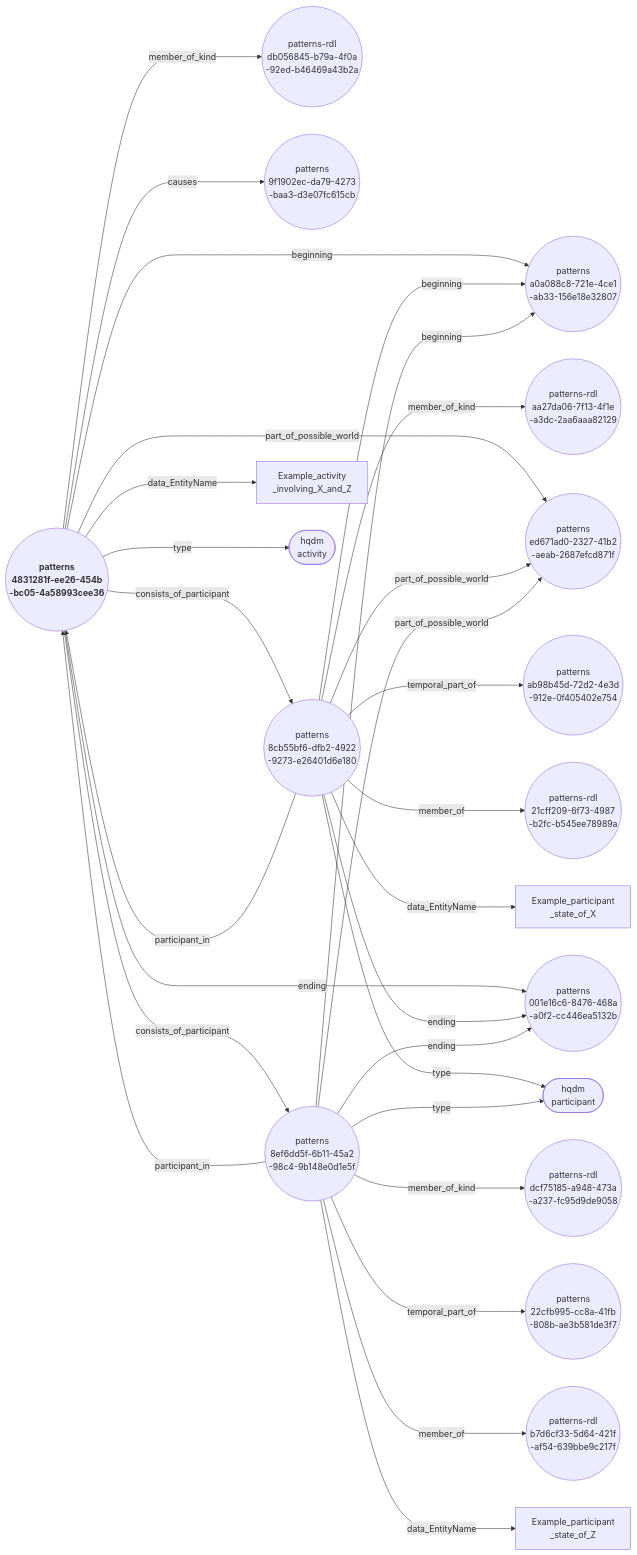
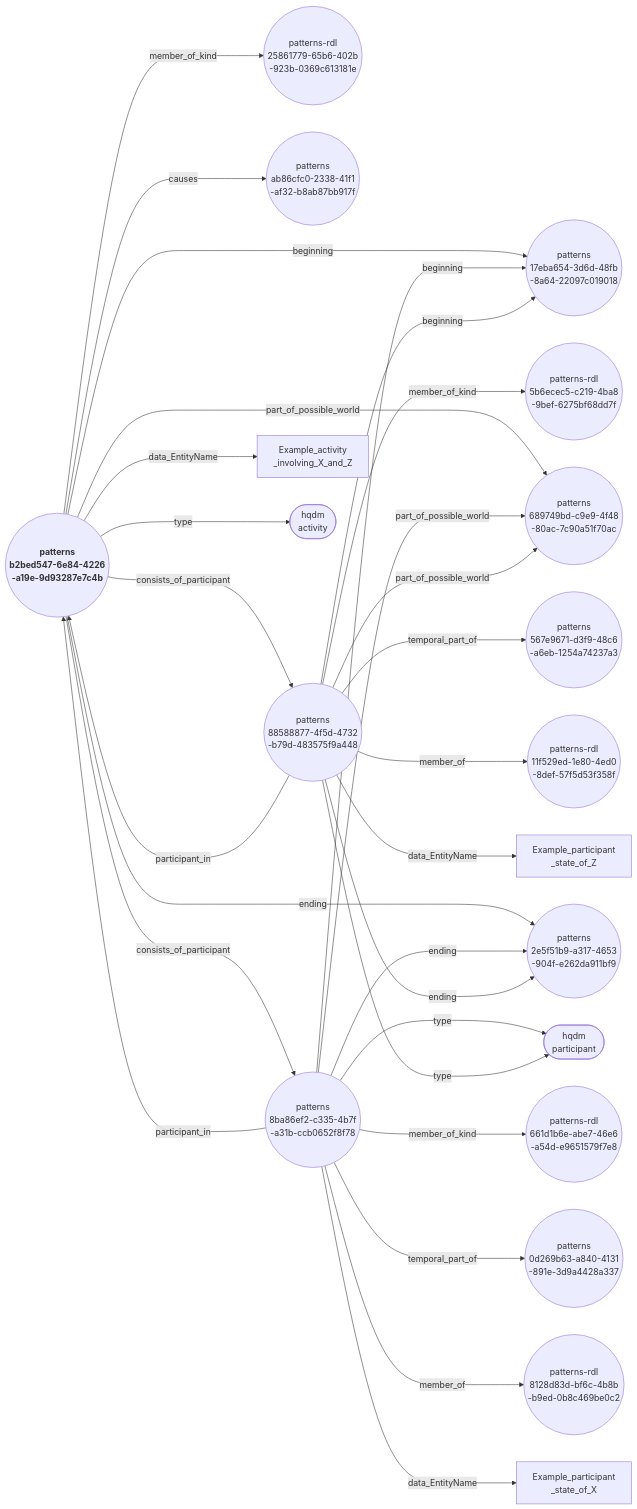
Before and after one commit to ClimbingAl/HqdmPatterns: the diagram in docs/extras/example-files/genericActivityAndParticipantsNodeEdgeGraph.mermaid, drawn with Mermaid. The commit also changed 56 other files, not shown here.

Commit message:
System additions prior to adding stviewer-generated spacetime charts.

````diff
--- a/docs/extras/example-files/genericActivityAndParticipantsNodeEdgeGraph.mermaid
+++ b/docs/extras/example-files/genericActivityAndParticipantsNodeEdgeGraph.mermaid
@@ -1,30 +1,30 @@
 ``` mermaid
 graph LR
-  4831281f-ee26-454b-bc05-4a58993cee36(("<b> patterns <br> 4831281f-ee26-454b <br> -bc05-4a58993cee36"))--->|"beginning"|a0a088c8-721e-4ce1-ab33-156e18e32807(("patterns <br> a0a088c8-721e-4ce1 <br> -ab33-156e18e32807"));
-  4831281f-ee26-454b-bc05-4a58993cee36(("<b> patterns <br> 4831281f-ee26-454b <br> -bc05-4a58993cee36"))--->|"member_of_kind"|db056845-b79a-4f0a-92ed-b46469a43b2a(("patterns-rdl <br> db056845-b79a-4f0a <br> -92ed-b46469a43b2a"));
-  4831281f-ee26-454b-bc05-4a58993cee36(("<b> patterns <br> 4831281f-ee26-454b <br> -bc05-4a58993cee36"))--->|"causes"|9f1902ec-da79-4273-baa3-d3e07fc615cb(("patterns <br> 9f1902ec-da79-4273 <br> -baa3-d3e07fc615cb"));
-  4831281f-ee26-454b-bc05-4a58993cee36(("<b> patterns <br> 4831281f-ee26-454b <br> -bc05-4a58993cee36"))--->|"consists_of_participant"|8cb55bf6-dfb2-4922-9273-e26401d6e180(("patterns <br> 8cb55bf6-dfb2-4922 <br> -9273-e26401d6e180"));
-  4831281f-ee26-454b-bc05-4a58993cee36(("<b> patterns <br> 4831281f-ee26-454b <br> -bc05-4a58993cee36"))--->|"consists_of_participant"|8ef6dd5f-6b11-45a2-98c4-9b148e0d1e5f(("patterns <br> 8ef6dd5f-6b11-45a2 <br> -98c4-9b148e0d1e5f"));
-  4831281f-ee26-454b-bc05-4a58993cee36(("<b> patterns <br> 4831281f-ee26-454b <br> -bc05-4a58993cee36"))--->|"part_of_possible_world"|ed671ad0-2327-41b2-aeab-2687efcd871f(("patterns <br> ed671ad0-2327-41b2 <br> -aeab-2687efcd871f"));
-  4831281f-ee26-454b-bc05-4a58993cee36(("<b> patterns <br> 4831281f-ee26-454b <br> -bc05-4a58993cee36"))--->|"data_EntityName"|Example_activity_involving_X_and_Z["Example_activity <br> _involving_X_and_Z"];
-  4831281f-ee26-454b-bc05-4a58993cee36(("<b> patterns <br> 4831281f-ee26-454b <br> -bc05-4a58993cee36"))--->|"ending"|001e16c6-8476-468a-a0f2-cc446ea5132b(("patterns <br> 001e16c6-8476-468a <br> -a0f2-cc446ea5132b"));
-  4831281f-ee26-454b-bc05-4a58993cee36(("<b> patterns <br> 4831281f-ee26-454b <br> -bc05-4a58993cee36"))--->|"type"|activity(["hqdm <br> activity"]);
-  8cb55bf6-dfb2-4922-9273-e26401d6e180(("patterns <br> 8cb55bf6-dfb2-4922 <br> -9273-e26401d6e180"))--->|"beginning"|a0a088c8-721e-4ce1-ab33-156e18e32807(("patterns <br> a0a088c8-721e-4ce1 <br> -ab33-156e18e32807"));
-  8cb55bf6-dfb2-4922-9273-e26401d6e180(("patterns <br> 8cb55bf6-dfb2-4922 <br> -9273-e26401d6e180"))--->|"member_of_kind"|aa27da06-7f13-4f1e-a3dc-2aa6aaa82129(("patterns-rdl <br> aa27da06-7f13-4f1e <br> -a3dc-2aa6aaa82129"));
-  8cb55bf6-dfb2-4922-9273-e26401d6e180(("patterns <br> 8cb55bf6-dfb2-4922 <br> -9273-e26401d6e180"))--->|"part_of_possible_world"|ed671ad0-2327-41b2-aeab-2687efcd871f(("patterns <br> ed671ad0-2327-41b2 <br> -aeab-2687efcd871f"));
-  8cb55bf6-dfb2-4922-9273-e26401d6e180(("patterns <br> 8cb55bf6-dfb2-4922 <br> -9273-e26401d6e180"))--->|"participant_in"|4831281f-ee26-454b-bc05-4a58993cee36(("<b> patterns <br> 4831281f-ee26-454b <br> -bc05-4a58993cee36"));
-  8cb55bf6-dfb2-4922-9273-e26401d6e180(("patterns <br> 8cb55bf6-dfb2-4922 <br> -9273-e26401d6e180"))--->|"temporal_part_of"|ab98b45d-72d2-4e3d-912e-0f405402e754(("patterns <br> ab98b45d-72d2-4e3d <br> -912e-0f405402e754"));
-  8cb55bf6-dfb2-4922-9273-e26401d6e180(("patterns <br> 8cb55bf6-dfb2-4922 <br> -9273-e26401d6e180"))--->|"member_of"|21cff209-6f73-4987-b2fc-b545ee78989a(("patterns-rdl <br> 21cff209-6f73-4987 <br> -b2fc-b545ee78989a"));
-  8cb55bf6-dfb2-4922-9273-e26401d6e180(("patterns <br> 8cb55bf6-dfb2-4922 <br> -9273-e26401d6e180"))--->|"data_EntityName"|Example_participant_state_of_X["Example_participant <br> _state_of_X"];
-  8cb55bf6-dfb2-4922-9273-e26401d6e180(("patterns <br> 8cb55bf6-dfb2-4922 <br> -9273-e26401d6e180"))--->|"ending"|001e16c6-8476-468a-a0f2-cc446ea5132b(("patterns <br> 001e16c6-8476-468a <br> -a0f2-cc446ea5132b"));
-  8cb55bf6-dfb2-4922-9273-e26401d6e180(("patterns <br> 8cb55bf6-dfb2-4922 <br> -9273-e26401d6e180"))--->|"type"|participant(["hqdm <br> participant"]);
-  8ef6dd5f-6b11-45a2-98c4-9b148e0d1e5f(("patterns <br> 8ef6dd5f-6b11-45a2 <br> -98c4-9b148e0d1e5f"))--->|"beginning"|a0a088c8-721e-4ce1-ab33-156e18e32807(("patterns <br> a0a088c8-721e-4ce1 <br> -ab33-156e18e32807"));
-  8ef6dd5f-6b11-45a2-98c4-9b148e0d1e5f(("patterns <br> 8ef6dd5f-6b11-45a2 <br> -98c4-9b148e0d1e5f"))--->|"member_of_kind"|dcf75185-a948-473a-a237-fc95d9de9058(("patterns-rdl <br> dcf75185-a948-473a <br> -a237-fc95d9de9058"));
-  8ef6dd5f-6b11-45a2-98c4-9b148e0d1e5f(("patterns <br> 8ef6dd5f-6b11-45a2 <br> -98c4-9b148e0d1e5f"))--->|"part_of_possible_world"|ed671ad0-2327-41b2-aeab-2687efcd871f(("patterns <br> ed671ad0-2327-41b2 <br> -aeab-2687efcd871f"));
-  8ef6dd5f-6b11-45a2-98c4-9b148e0d1e5f(("patterns <br> 8ef6dd5f-6b11-45a2 <br> -98c4-9b148e0d1e5f"))--->|"participant_in"|4831281f-ee26-454b-bc05-4a58993cee36(("<b> patterns <br> 4831281f-ee26-454b <br> -bc05-4a58993cee36"));
-  8ef6dd5f-6b11-45a2-98c4-9b148e0d1e5f(("patterns <br> 8ef6dd5f-6b11-45a2 <br> -98c4-9b148e0d1e5f"))--->|"temporal_part_of"|22cfb995-cc8a-41fb-808b-ae3b581de3f7(("patterns <br> 22cfb995-cc8a-41fb <br> -808b-ae3b581de3f7"));
-  8ef6dd5f-6b11-45a2-98c4-9b148e0d1e5f(("patterns <br> 8ef6dd5f-6b11-45a2 <br> -98c4-9b148e0d1e5f"))--->|"member_of"|b7d6cf33-5d64-421f-af54-639bbe9c217f(("patterns-rdl <br> b7d6cf33-5d64-421f <br> -af54-639bbe9c217f"));
-  8ef6dd5f-6b11-45a2-98c4-9b148e0d1e5f(("patterns <br> 8ef6dd5f-6b11-45a2 <br> -98c4-9b148e0d1e5f"))--->|"data_EntityName"|Example_participant_state_of_Z["Example_participant <br> _state_of_Z"];
-  8ef6dd5f-6b11-45a2-98c4-9b148e0d1e5f(("patterns <br> 8ef6dd5f-6b11-45a2 <br> -98c4-9b148e0d1e5f"))--->|"ending"|001e16c6-8476-468a-a0f2-cc446ea5132b(("patterns <br> 001e16c6-8476-468a <br> -a0f2-cc446ea5132b"));
-  8ef6dd5f-6b11-45a2-98c4-9b148e0d1e5f(("patterns <br> 8ef6dd5f-6b11-45a2 <br> -98c4-9b148e0d1e5f"))--->|"type"|participant(["hqdm <br> participant"]);
+  b2bed547-6e84-4226-a19e-9d93287e7c4b(("<b> patterns <br> b2bed547-6e84-4226 <br> -a19e-9d93287e7c4b"))--->|"beginning"|17eba654-3d6d-48fb-8a64-22097c019018(("patterns <br> 17eba654-3d6d-48fb <br> -8a64-22097c019018"));
+  b2bed547-6e84-4226-a19e-9d93287e7c4b(("<b> patterns <br> b2bed547-6e84-4226 <br> -a19e-9d93287e7c4b"))--->|"member_of_kind"|25861779-65b6-402b-923b-0369c613181e(("patterns-rdl <br> 25861779-65b6-402b <br> -923b-0369c613181e"));
+  b2bed547-6e84-4226-a19e-9d93287e7c4b(("<b> patterns <br> b2bed547-6e84-4226 <br> -a19e-9d93287e7c4b"))--->|"causes"|ab86cfc0-2338-41f1-af32-b8ab87bb917f(("patterns <br> ab86cfc0-2338-41f1 <br> -af32-b8ab87bb917f"));
+  b2bed547-6e84-4226-a19e-9d93287e7c4b(("<b> patterns <br> b2bed547-6e84-4226 <br> -a19e-9d93287e7c4b"))--->|"consists_of_participant"|88588877-4f5d-4732-b79d-483575f9a448(("patterns <br> 88588877-4f5d-4732 <br> -b79d-483575f9a448"));
+  b2bed547-6e84-4226-a19e-9d93287e7c4b(("<b> patterns <br> b2bed547-6e84-4226 <br> -a19e-9d93287e7c4b"))--->|"consists_of_participant"|8ba86ef2-c335-4b7f-a31b-ccb0652f8f78(("patterns <br> 8ba86ef2-c335-4b7f <br> -a31b-ccb0652f8f78"));
+  b2bed547-6e84-4226-a19e-9d93287e7c4b(("<b> patterns <br> b2bed547-6e84-4226 <br> -a19e-9d93287e7c4b"))--->|"part_of_possible_world"|689749bd-c9e9-4f48-80ac-7c90a51f70ac(("patterns <br> 689749bd-c9e9-4f48 <br> -80ac-7c90a51f70ac"));
+  b2bed547-6e84-4226-a19e-9d93287e7c4b(("<b> patterns <br> b2bed547-6e84-4226 <br> -a19e-9d93287e7c4b"))--->|"data_EntityName"|Example_activity_involving_X_and_Z["Example_activity <br> _involving_X_and_Z"];
+  b2bed547-6e84-4226-a19e-9d93287e7c4b(("<b> patterns <br> b2bed547-6e84-4226 <br> -a19e-9d93287e7c4b"))--->|"ending"|2e5f51b9-a317-4653-904f-e262da911bf9(("patterns <br> 2e5f51b9-a317-4653 <br> -904f-e262da911bf9"));
+  b2bed547-6e84-4226-a19e-9d93287e7c4b(("<b> patterns <br> b2bed547-6e84-4226 <br> -a19e-9d93287e7c4b"))--->|"type"|activity(["hqdm <br> activity"]);
+  8ba86ef2-c335-4b7f-a31b-ccb0652f8f78(("patterns <br> 8ba86ef2-c335-4b7f <br> -a31b-ccb0652f8f78"))--->|"beginning"|17eba654-3d6d-48fb-8a64-22097c019018(("patterns <br> 17eba654-3d6d-48fb <br> -8a64-22097c019018"));
+  8ba86ef2-c335-4b7f-a31b-ccb0652f8f78(("patterns <br> 8ba86ef2-c335-4b7f <br> -a31b-ccb0652f8f78"))--->|"member_of_kind"|661d1b6e-abe7-46e6-a54d-e9651579f7e8(("patterns-rdl <br> 661d1b6e-abe7-46e6 <br> -a54d-e9651579f7e8"));
+  8ba86ef2-c335-4b7f-a31b-ccb0652f8f78(("patterns <br> 8ba86ef2-c335-4b7f <br> -a31b-ccb0652f8f78"))--->|"part_of_possible_world"|689749bd-c9e9-4f48-80ac-7c90a51f70ac(("patterns <br> 689749bd-c9e9-4f48 <br> -80ac-7c90a51f70ac"));
+  8ba86ef2-c335-4b7f-a31b-ccb0652f8f78(("patterns <br> 8ba86ef2-c335-4b7f <br> -a31b-ccb0652f8f78"))--->|"participant_in"|b2bed547-6e84-4226-a19e-9d93287e7c4b(("<b> patterns <br> b2bed547-6e84-4226 <br> -a19e-9d93287e7c4b"));
+  8ba86ef2-c335-4b7f-a31b-ccb0652f8f78(("patterns <br> 8ba86ef2-c335-4b7f <br> -a31b-ccb0652f8f78"))--->|"temporal_part_of"|0d269b63-a840-4131-891e-3d9a4428a337(("patterns <br> 0d269b63-a840-4131 <br> -891e-3d9a4428a337"));
+  8ba86ef2-c335-4b7f-a31b-ccb0652f8f78(("patterns <br> 8ba86ef2-c335-4b7f <br> -a31b-ccb0652f8f78"))--->|"member_of"|8128d83d-bf6c-4b8b-b9ed-0b8c469be0c2(("patterns-rdl <br> 8128d83d-bf6c-4b8b <br> -b9ed-0b8c469be0c2"));
+  8ba86ef2-c335-4b7f-a31b-ccb0652f8f78(("patterns <br> 8ba86ef2-c335-4b7f <br> -a31b-ccb0652f8f78"))--->|"data_EntityName"|Example_participant_state_of_X["Example_participant <br> _state_of_X"];
+  8ba86ef2-c335-4b7f-a31b-ccb0652f8f78(("patterns <br> 8ba86ef2-c335-4b7f <br> -a31b-ccb0652f8f78"))--->|"ending"|2e5f51b9-a317-4653-904f-e262da911bf9(("patterns <br> 2e5f51b9-a317-4653 <br> -904f-e262da911bf9"));
+  8ba86ef2-c335-4b7f-a31b-ccb0652f8f78(("patterns <br> 8ba86ef2-c335-4b7f <br> -a31b-ccb0652f8f78"))--->|"type"|participant(["hqdm <br> participant"]);
+  88588877-4f5d-4732-b79d-483575f9a448(("patterns <br> 88588877-4f5d-4732 <br> -b79d-483575f9a448"))--->|"beginning"|17eba654-3d6d-48fb-8a64-22097c019018(("patterns <br> 17eba654-3d6d-48fb <br> -8a64-22097c019018"));
+  88588877-4f5d-4732-b79d-483575f9a448(("patterns <br> 88588877-4f5d-4732 <br> -b79d-483575f9a448"))--->|"member_of_kind"|5b6ecec5-c219-4ba8-9bef-6275bf68dd7f(("patterns-rdl <br> 5b6ecec5-c219-4ba8 <br> -9bef-6275bf68dd7f"));
+  88588877-4f5d-4732-b79d-483575f9a448(("patterns <br> 88588877-4f5d-4732 <br> -b79d-483575f9a448"))--->|"part_of_possible_world"|689749bd-c9e9-4f48-80ac-7c90a51f70ac(("patterns <br> 689749bd-c9e9-4f48 <br> -80ac-7c90a51f70ac"));
+  88588877-4f5d-4732-b79d-483575f9a448(("patterns <br> 88588877-4f5d-4732 <br> -b79d-483575f9a448"))--->|"participant_in"|b2bed547-6e84-4226-a19e-9d93287e7c4b(("<b> patterns <br> b2bed547-6e84-4226 <br> -a19e-9d93287e7c4b"));
+  88588877-4f5d-4732-b79d-483575f9a448(("patterns <br> 88588877-4f5d-4732 <br> -b79d-483575f9a448"))--->|"temporal_part_of"|567e9671-d3f9-48c6-a6eb-1254a74237a3(("patterns <br> 567e9671-d3f9-48c6 <br> -a6eb-1254a74237a3"));
+  88588877-4f5d-4732-b79d-483575f9a448(("patterns <br> 88588877-4f5d-4732 <br> -b79d-483575f9a448"))--->|"member_of"|11f529ed-1e80-4ed0-8def-57f5d53f358f(("patterns-rdl <br> 11f529ed-1e80-4ed0 <br> -8def-57f5d53f358f"));
+  88588877-4f5d-4732-b79d-483575f9a448(("patterns <br> 88588877-4f5d-4732 <br> -b79d-483575f9a448"))--->|"data_EntityName"|Example_participant_state_of_Z["Example_participant <br> _state_of_Z"];
+  88588877-4f5d-4732-b79d-483575f9a448(("patterns <br> 88588877-4f5d-4732 <br> -b79d-483575f9a448"))--->|"ending"|2e5f51b9-a317-4653-904f-e262da911bf9(("patterns <br> 2e5f51b9-a317-4653 <br> -904f-e262da911bf9"));
+  88588877-4f5d-4732-b79d-483575f9a448(("patterns <br> 88588877-4f5d-4732 <br> -b79d-483575f9a448"))--->|"type"|participant(["hqdm <br> participant"]);
 ```
````
